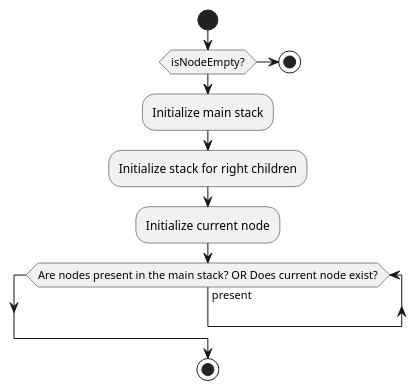
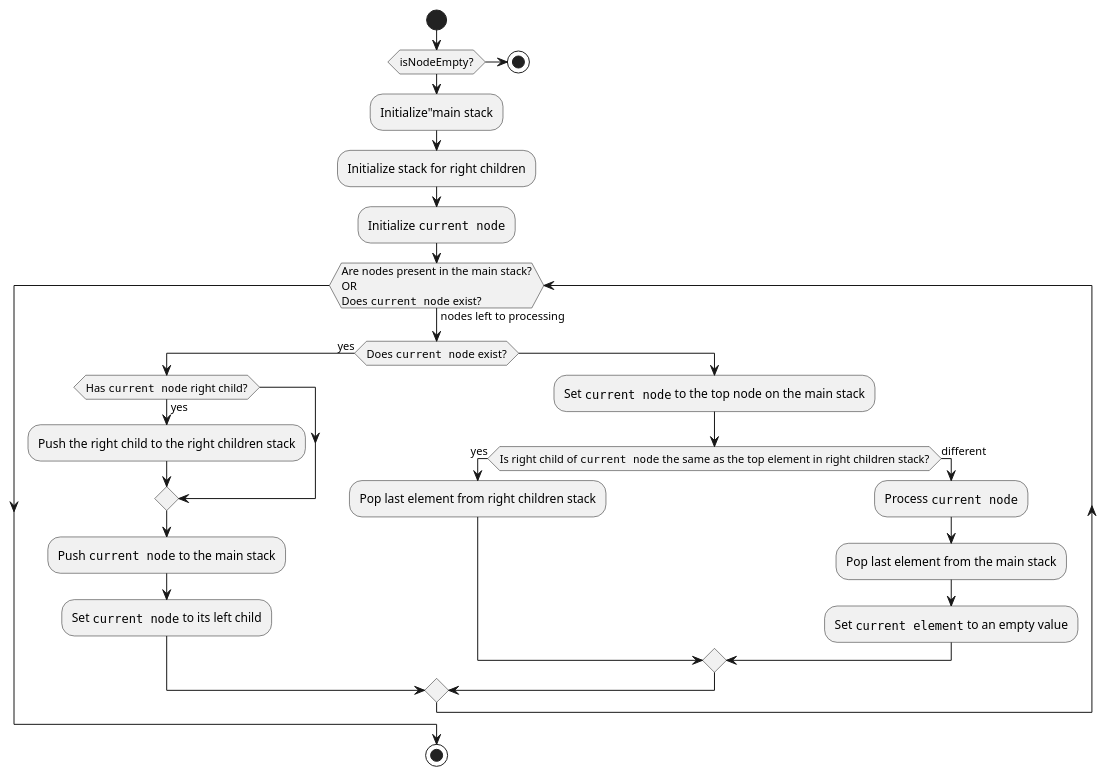
One commit to kyberdrb/CLionProjects changed the diagram in binary_search_tree/bst-postorder_traversal-iterative-1.puml. Above: the diagram before and after it, drawn with PlantUML. The commit also changed 1 other file, not shown here.

Commit message:
Binary Search Tree: first draft of UML activity diagram design for post-order traversal

```diff
--- a/binary_search_tree/bst-postorder_traversal-iterative-1.puml
+++ b/binary_search_tree/bst-postorder_traversal-iterative-1.puml
@@ -1,21 +1,36 @@
 @startuml
 'https://plantuml.com/activity-diagram-beta
 
 start
 if (isNodeEmpty?) then
-  stop
+    stop
 else
-  :Initialize main stack;
-  :Initialize stack for right children;
-  :Initialize current node;
+    :Initialize"main stack;
+    :Initialize stack for right children;
+    :Initialize ""current node"";
 
 label outerLoop
-while (Are nodes present in the main stack? OR Does current node exist?) is (present)
+while (Are nodes present in the main stack?\nOR\nDoes ""current node"" exist?) is (nodes left to processing)
+    if (Does ""current node"" exist?) then (yes)
+        if (Has ""current node"" right child?) then (yes)
+            :Push the right child to the right children stack;
+        end if
 
+        :Push ""current node"" to the main stack;
+        :Set ""current node"" to its left child;
+    else
+        :Set ""current node"" to the top node on the main stack;
 
-
+        if (Is right child of ""current node"" the same as the top element in right children stack?) then (yes)
+            :Pop last element from right children stack;
+        else (different)
+            :Process ""current node"";
+            :Pop last element from the main stack;
+            :Set ""current element"" to an empty value;
+        end if
+    end if
 end while
 
 stop
 
 @enduml
```
